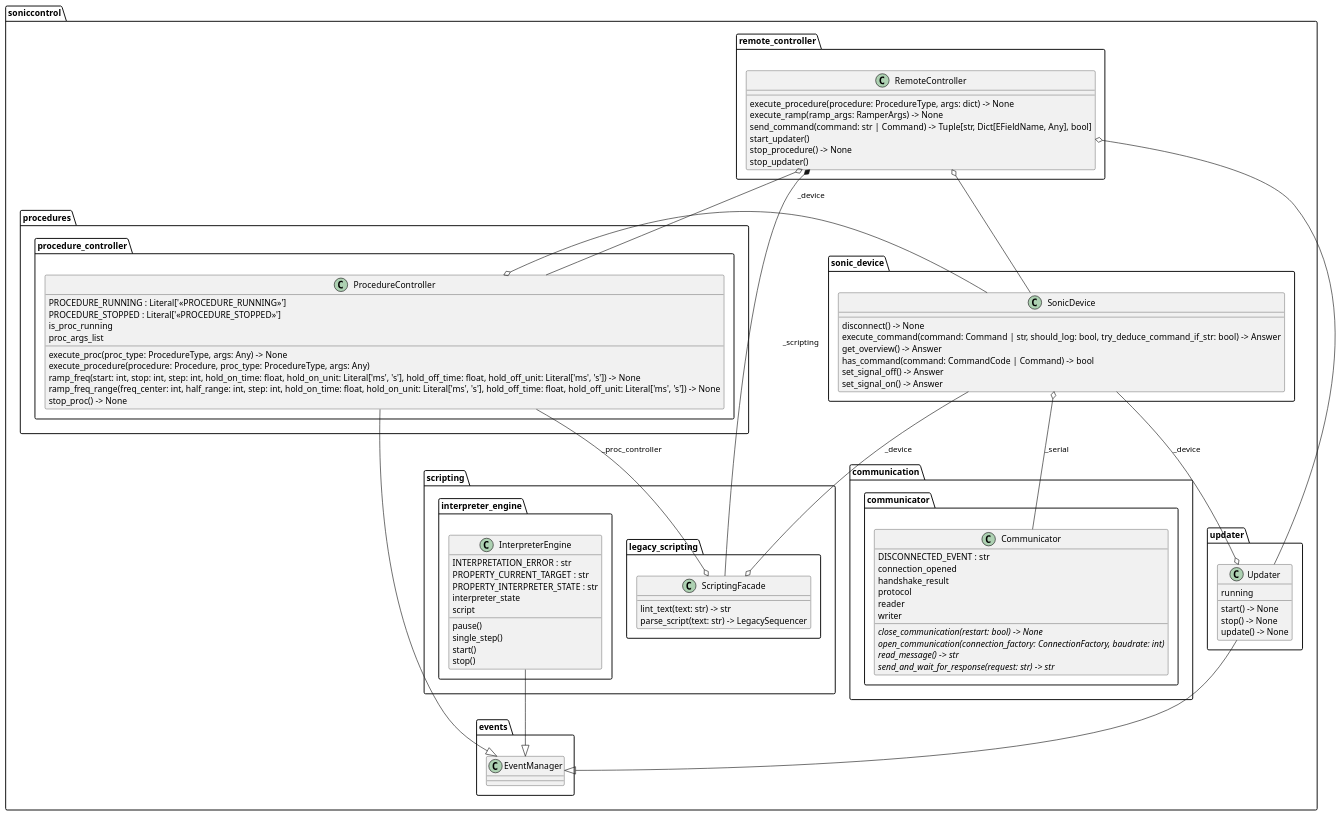
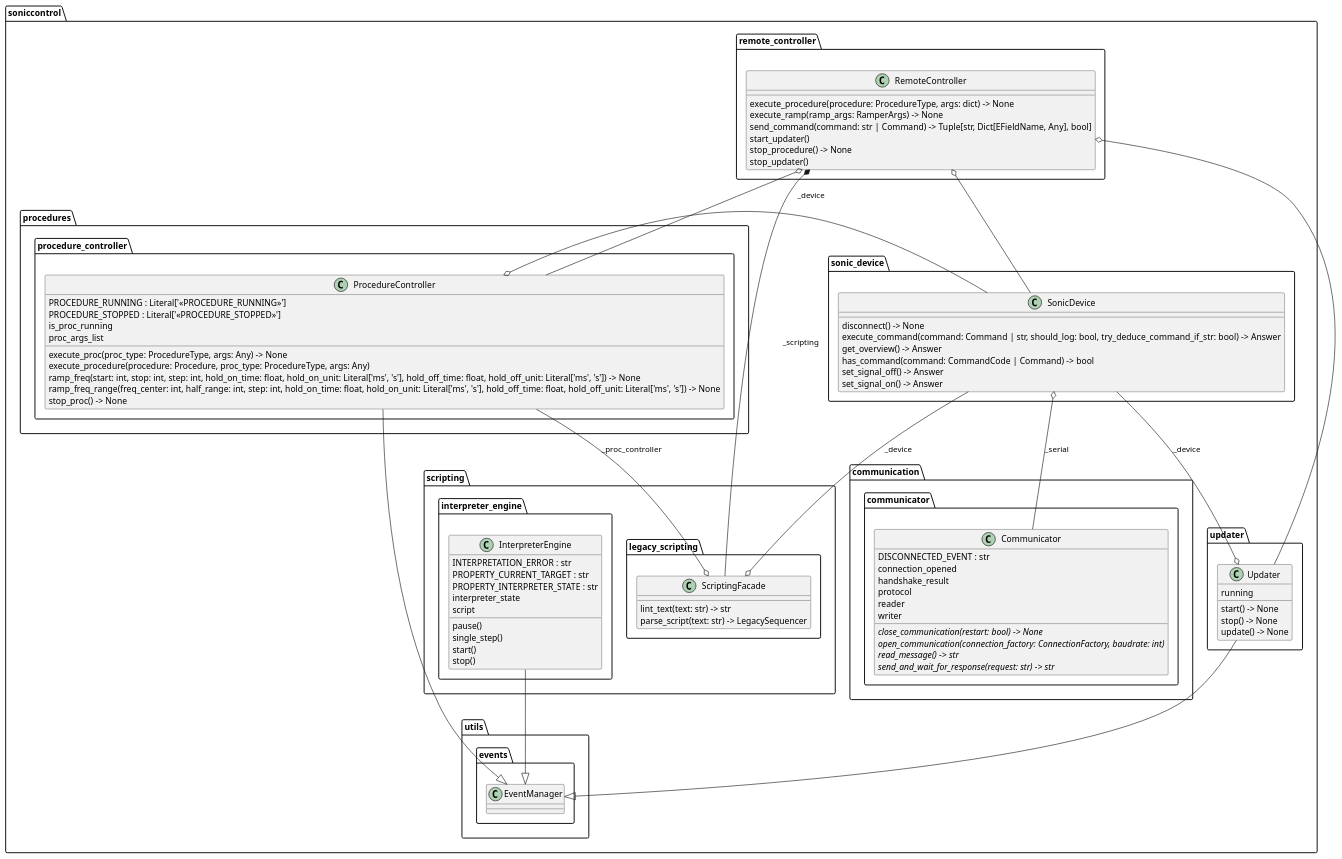
One commit to usepat/SW-soniccontrol changed the diagram in docs/diagrams/soniccontrol/class_sonic_control.puml. Above: the diagram before and after it, drawn with PlantUML. The commit also changed 5 other files, not shown here.

```diff
--- a/docs/diagrams/soniccontrol/class_sonic_control.puml
+++ b/docs/diagrams/soniccontrol/class_sonic_control.puml
@@ -1,92 +1,92 @@
 @startuml class_sonic_control
 
 set separator . 
 top to bottom direction
 
 
 class "ScriptingFacade" as soniccontrol.scripting.legacy_scripting.ScriptingFacade {
   lint_text(text: str) -> str
   parse_script(text: str) -> LegacySequencer
 }
 
 class "Communicator" as soniccontrol.communication.communicator.Communicator {
   DISCONNECTED_EVENT : str
   connection_opened
   handshake_result
   protocol
   reader
   writer
   {abstract}close_communication(restart: bool) -> None
   {abstract}open_communication(connection_factory: ConnectionFactory, baudrate: int)
   {abstract}read_message() -> str
   {abstract}send_and_wait_for_response(request: str) -> str
 }
 
 class "SonicDevice" as soniccontrol.sonic_device.SonicDevice {
   disconnect() -> None
   execute_command(command: Command | str, should_log: bool, try_deduce_command_if_str: bool) -> Answer
   get_overview() -> Answer
   has_command(command: CommandCode | Command) -> bool
   set_signal_off() -> Answer
   set_signal_on() -> Answer
 }
 
 class "Updater" as soniccontrol.updater.Updater {
   running
   start() -> None
   stop() -> None
   update() -> None
 }
 
 class "ProcedureController" as soniccontrol.procedures.procedure_controller.ProcedureController {
   PROCEDURE_RUNNING : Literal['<<PROCEDURE_RUNNING>>']
   PROCEDURE_STOPPED : Literal['<<PROCEDURE_STOPPED>>']
   is_proc_running
   proc_args_list
   execute_proc(proc_type: ProcedureType, args: Any) -> None
   execute_procedure(procedure: Procedure, proc_type: ProcedureType, args: Any)
   ramp_freq(start: int, stop: int, step: int, hold_on_time: float, hold_on_unit: Literal['ms', 's'], hold_off_time: float, hold_off_unit: Literal['ms', 's']) -> None
   ramp_freq_range(freq_center: int, half_range: int, step: int, hold_on_time: float, hold_on_unit: Literal['ms', 's'], hold_off_time: float, hold_off_unit: Literal['ms', 's']) -> None
   stop_proc() -> None
 }
 
 class "RemoteController" as soniccontrol.remote_controller.RemoteController {
   execute_procedure(procedure: ProcedureType, args: dict) -> None
   execute_ramp(ramp_args: RamperArgs) -> None
   send_command(command: str | Command) -> Tuple[str, Dict[EFieldName, Any], bool]
   start_updater()
   stop_procedure() -> None
   stop_updater()
 }
 
 class "InterpreterEngine" as soniccontrol.scripting.interpreter_engine.InterpreterEngine {
   INTERPRETATION_ERROR : str
   PROPERTY_CURRENT_TARGET : str
   PROPERTY_INTERPRETER_STATE : str
   interpreter_state
   script
   pause()
   single_step()
   start()
   stop()
 }
 
 soniccontrol.sonic_device.SonicDevice o-- soniccontrol.communication.communicator.Communicator : _serial
 
-soniccontrol.updater.Updater --|> soniccontrol.events.EventManager
+soniccontrol.updater.Updater --|> soniccontrol.utils.events.EventManager
 soniccontrol.sonic_device.SonicDevice --o soniccontrol.updater.Updater : _device
 
-soniccontrol.procedures.procedure_controller.ProcedureController --|> soniccontrol.events.EventManager
+soniccontrol.procedures.procedure_controller.ProcedureController --|> soniccontrol.utils.events.EventManager
 soniccontrol.sonic_device.SonicDevice -l-o soniccontrol.procedures.procedure_controller.ProcedureController : _device
 
 soniccontrol.remote_controller.RemoteController o-- soniccontrol.procedures.procedure_controller.ProcedureController
 soniccontrol.remote_controller.RemoteController o-- soniccontrol.sonic_device.SonicDevice
 soniccontrol.remote_controller.RemoteController o-- soniccontrol.updater.Updater
 
 soniccontrol.scripting.legacy_scripting.ScriptingFacade --* soniccontrol.remote_controller.RemoteController : _scripting
 soniccontrol.procedures.procedure_controller.ProcedureController --o soniccontrol.scripting.legacy_scripting.ScriptingFacade : _proc_controller
 soniccontrol.sonic_device.SonicDevice --o soniccontrol.scripting.legacy_scripting.ScriptingFacade : _device
 
-soniccontrol.scripting.interpreter_engine.InterpreterEngine --|> soniccontrol.events.EventManager
+soniccontrol.scripting.interpreter_engine.InterpreterEngine --|> soniccontrol.utils.events.EventManager
 
 @enduml
```
